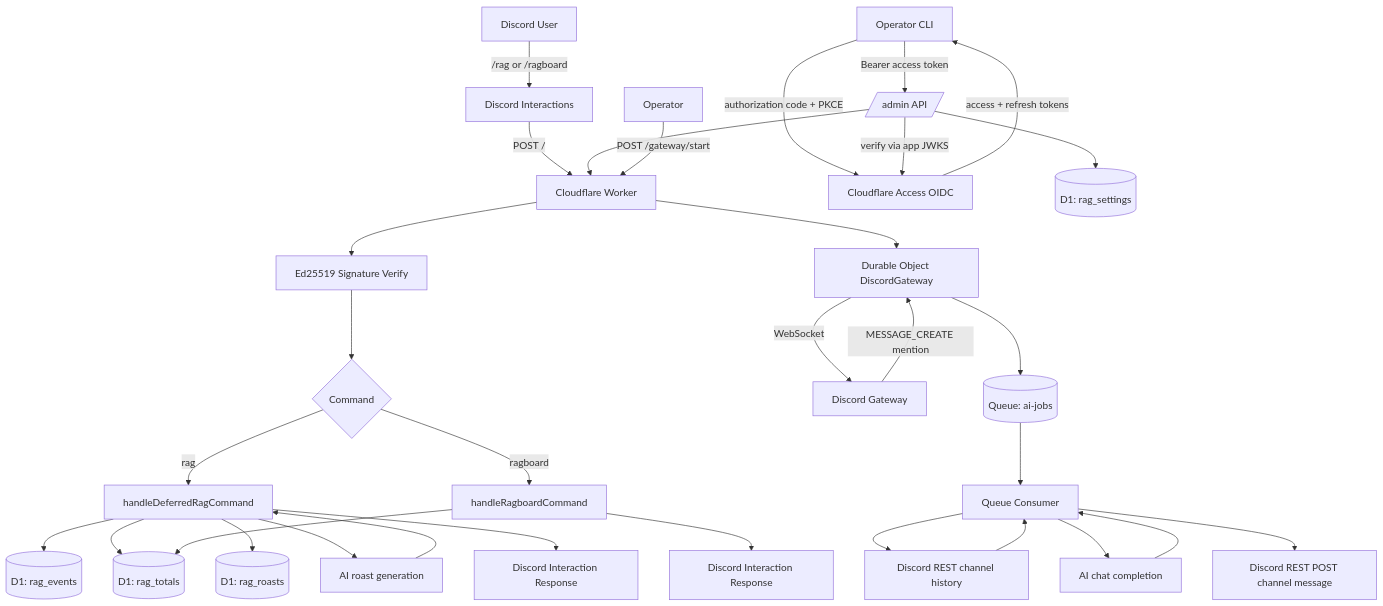
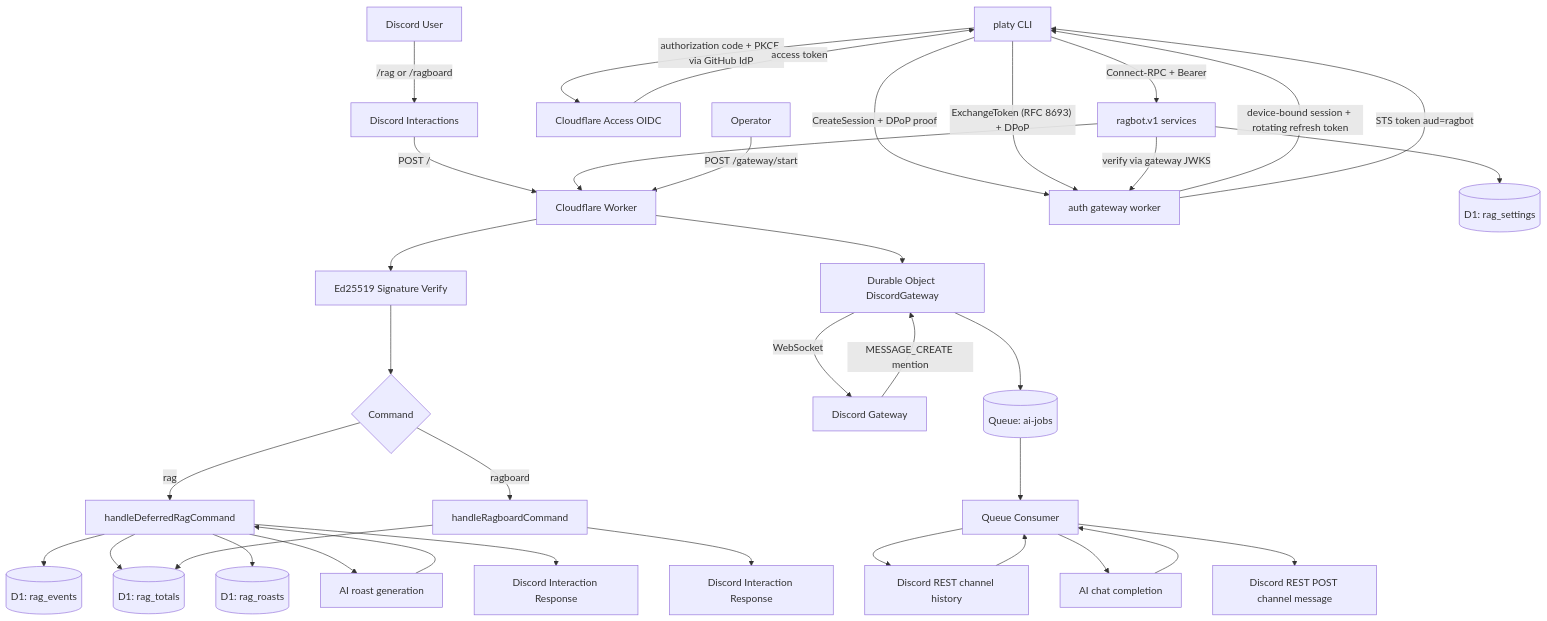
The diagram in README.md (jackm43/rag), drawn with Mermaid before and after one commit. The commit also changed other lines of this file and 105 other files, not shown here.

````diff
--- a/README.md
+++ b/README.md
@@ -36,38 +36,42 @@
 ```mermaid
 flowchart TD
   U[Discord User] -->|/rag or /ragboard| D1[Discord Interactions]
   D1 -->|POST /| W[Cloudflare Worker]
   W --> V[Ed25519 Signature Verify]
   V --> R{Command}
 
   R -->|rag| CR[handleDeferredRagCommand]
   CR --> DB1[(D1: rag_events)]
   CR --> DB2[(D1: rag_totals)]
   CR --> DB3[(D1: rag_roasts)]
   CR --> AI1[AI roast generation]
   AI1 --> CR
   CR --> DResp1[Discord Interaction Response]
 
   R -->|ragboard| CB[handleRagboardCommand]
   CB --> DB2
   CB --> DResp2[Discord Interaction Response]
 
-  Admin[Operator CLI] -->|authorization code + PKCE| CFA[Cloudflare Access OIDC]
-  CFA -->|access + refresh tokens| Admin
-  Admin -->|Bearer access token| AA[/admin API/]
-  AA -->|verify via app JWKS| CFA
+  Admin[platy CLI] -->|authorization code + PKCE via GitHub IdP| CFA[Cloudflare Access OIDC]
+  CFA -->|access token| Admin
+  Admin -->|"CreateSession + DPoP proof"| GW[auth gateway worker]
+  GW -->|device-bound session + rotating refresh token| Admin
+  Admin -->|"ExchangeToken (RFC 8693) + DPoP"| GW
+  GW -->|STS token aud=ragbot| Admin
+  Admin -->|Connect-RPC + Bearer| AA[ragbot.v1 services]
+  AA -->|verify via gateway JWKS| GW
   AA --> W
   AA --> DB4[(D1: rag_settings)]
 
   Admin2[Operator] -->|POST /gateway/start| W
   W --> DO[Durable Object DiscordGateway]
   DO -->|WebSocket| DG[Discord Gateway]
   DG -->|MESSAGE_CREATE mention| DO
   DO --> Q[(Queue: ai-jobs)]
   Q --> QC[Queue Consumer]
   QC --> H[Discord REST channel history]
   H --> QC
   QC --> AI2[AI chat completion]
   AI2 --> QC
   QC --> DR[Discord REST POST channel message]
 ```
````
